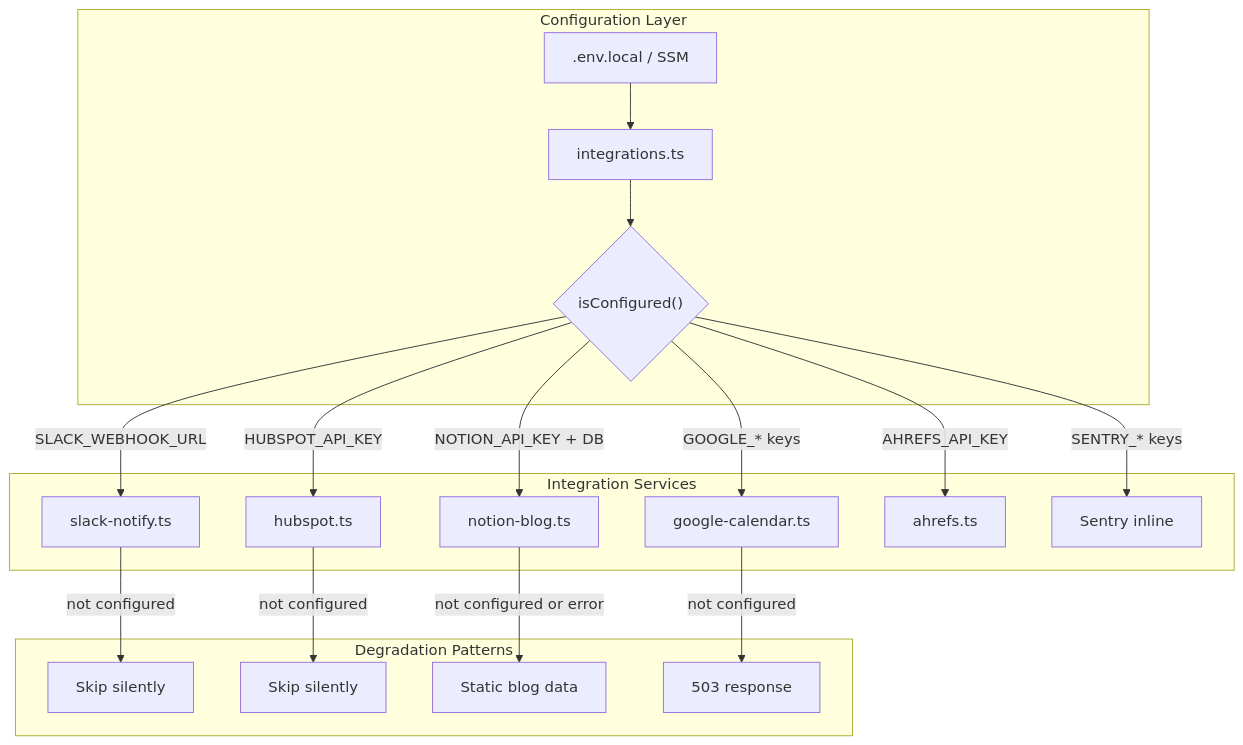
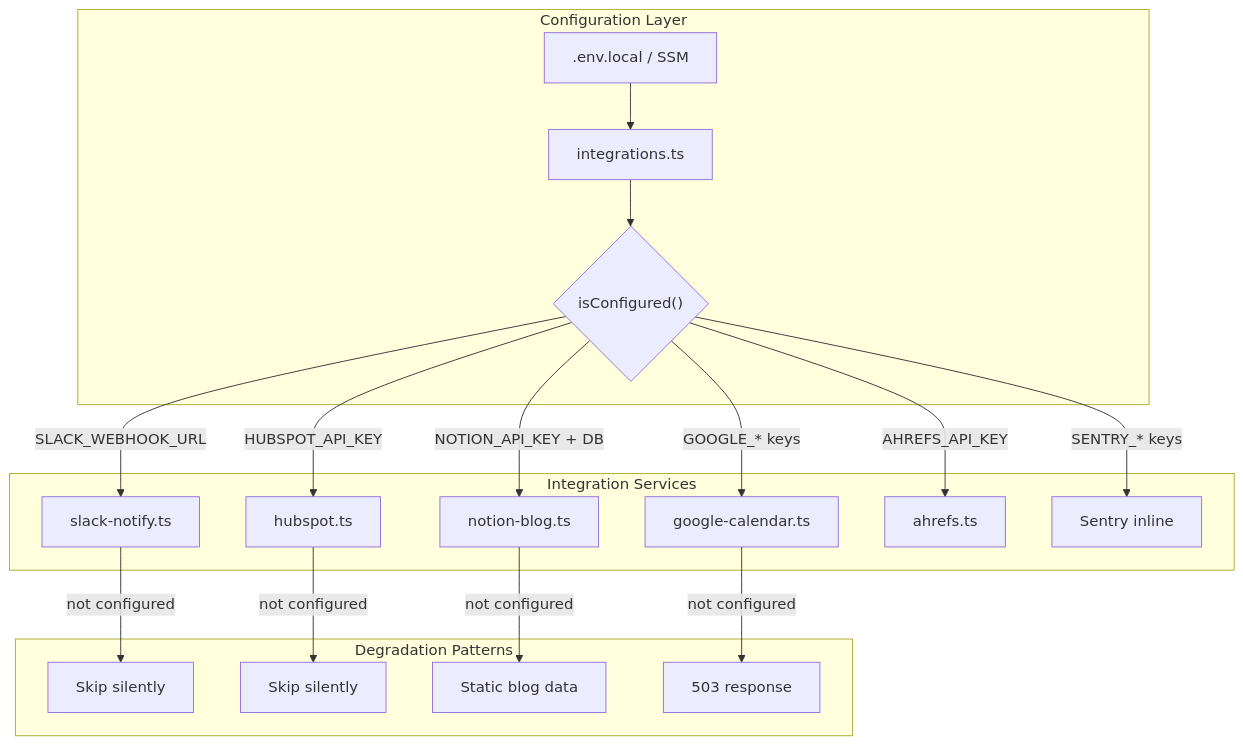
One commit to Themis128/cloudless.gr changed the third of 4 diagrams in AGENTS.md. Above: the diagram before and after it, drawn with Mermaid. The commit also changed other lines of this file and 186 other files, not shown here.

````diff
--- a/AGENTS.md
+++ b/AGENTS.md
@@ -344,23 +344,23 @@
 ```mermaid
 graph TB
     subgraph Config["Configuration Layer"]
         Env[".env.local / SSM"] --> IL["integrations.ts"]
         IL --> IC{"isConfigured()"}
     end
 
     subgraph Integrations["Integration Services"]
         IC -->|SLACK_WEBHOOK_URL| Slack["slack-notify.ts"]
         IC -->|HUBSPOT_API_KEY| HS["hubspot.ts"]
         IC -->|NOTION_API_KEY + DB| Notion["notion-blog.ts"]
         IC -->|GOOGLE_* keys| GCal["google-calendar.ts"]
         IC -->|AHREFS_API_KEY| Ahrefs["ahrefs.ts"]
         IC -->|SENTRY_* keys| Sentry["Sentry inline"]
     end
 
     subgraph Patterns["Degradation Patterns"]
         Slack -->|not configured| SkipS["Skip silently"]
         HS -->|not configured| SkipH["Skip silently"]
-        Notion -->|not configured or error| Fallback["Static blog data"]
+        Notion -->|not configured| Fallback["Static blog data"]
         GCal -->|not configured| S503["503 response"]
     end
 ```
````
